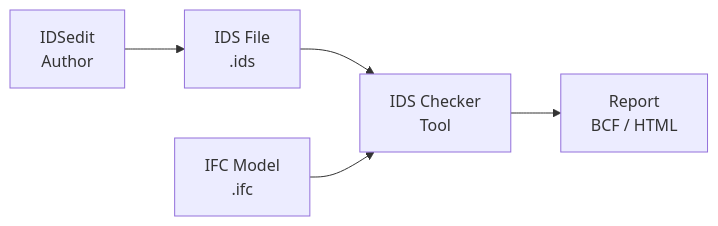
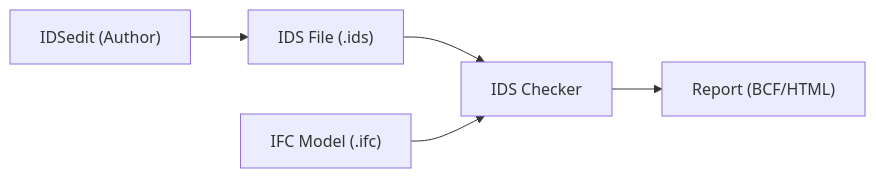
The diagram in ids-docs/developer-guide.md (louistrue/ids-flow), drawn with Mermaid before and after one commit. The commit also changed other lines of this file, not shown here.

First line of the commit message:
Fix Mermaid diagram labels and link to opensource.construction

````diff
--- a/ids-docs/developer-guide.md
+++ b/ids-docs/developer-guide.md
@@ -174,7 +174,7 @@
 ```mermaid
 flowchart LR
-    A[IDSedit<br/>Author] --> B[IDS File<br/>.ids]
-    B --> C[IDS Checker<br/>Tool]
-    D[IFC Model<br/>.ifc] --> C
-    C --> E[Report<br/>BCF / HTML]
+    A["IDSedit (Author)"] --> B["IDS File (.ids)"]
+    B --> C["IDS Checker"]
+    D["IFC Model (.ifc)"] --> C
+    C --> E["Report (BCF/HTML)"]
 ```
````
